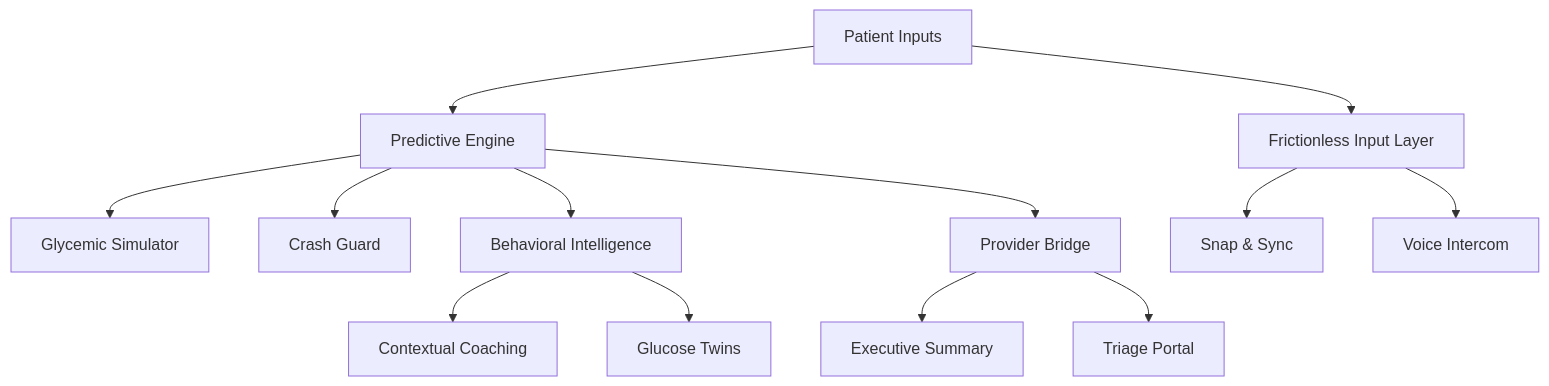
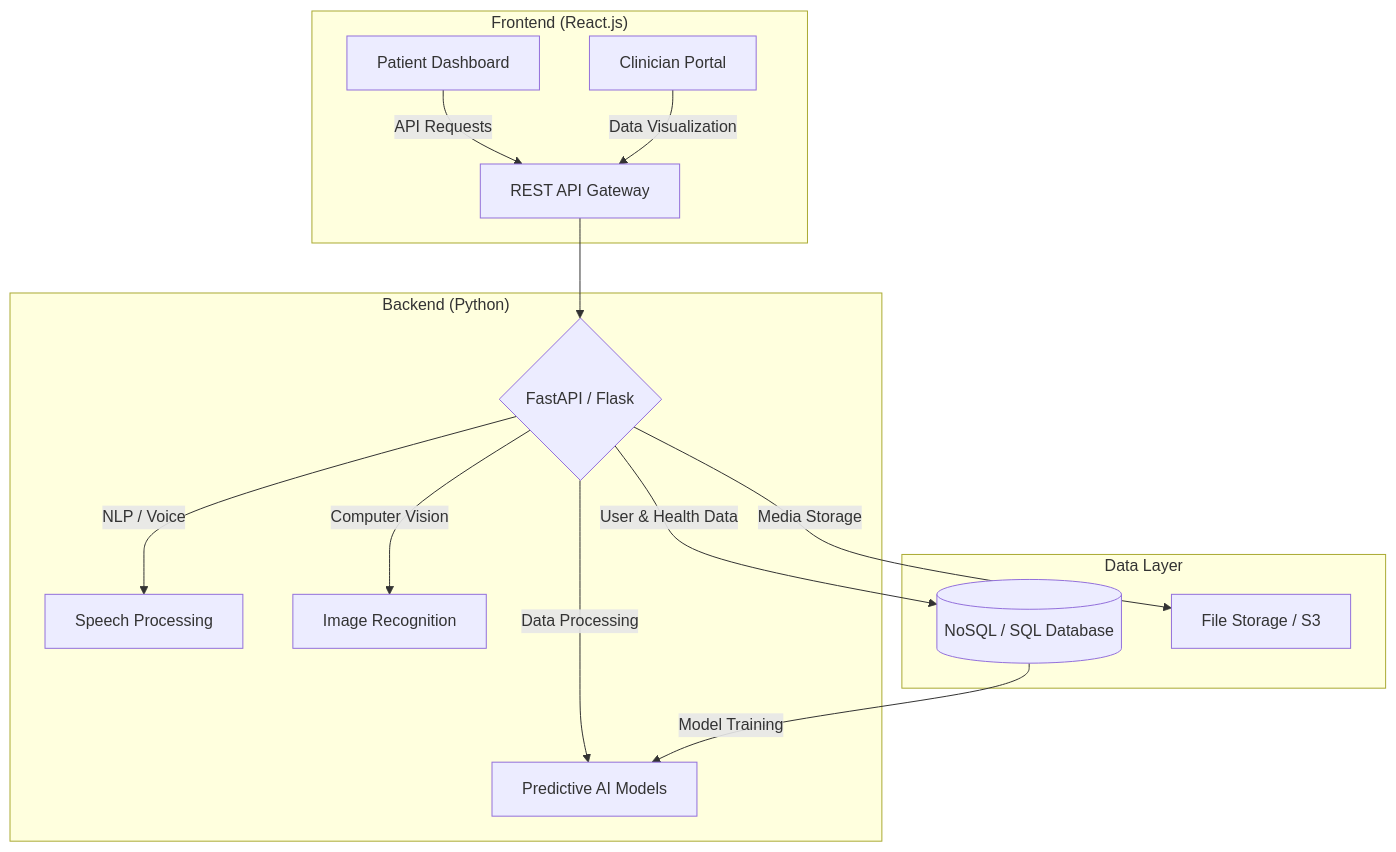
The diagram in README.md (Nitya-003/Dia-Pilot), drawn with Mermaid before and after one commit. The commit also changed other lines of this file, not shown here.

````diff
--- a/README.md
+++ b/README.md
@@ -65,19 +12,20 @@
 ```mermaid
 graph TD
-    A[Patient Inputs] --> B[Predictive Engine]
+    subgraph "Frontend (React.js)"
+        A[Patient Dashboard] -->|API Requests| B[REST API Gateway]
+        A2[Clinician Portal] -->|Data Visualization| B
+    end
 
-    B --> C[Glycemic Simulator]
-    B --> D[Crash Guard]
+    subgraph "Backend (Python)"
+        B --> C{FastAPI / Flask}
+        C -->|Data Processing| D[Predictive AI Models]
+        C -->|NLP / Voice| E[Speech Processing]
+        C -->|Computer Vision| F[Image Recognition]
+    end
 
-    A --> E[Frictionless Input Layer]
-    E --> F[Snap & Sync]
-    E --> G[Voice Intercom]
-
-    B --> H[Behavioral Intelligence]
-    H --> I[Contextual Coaching]
-    H --> J[Glucose Twins]
-
-    B --> K[Provider Bridge]
-    K --> L[Executive Summary]
-    K --> M[Triage Portal]
+    subgraph "Data Layer"
+        C -->|User & Health Data| G[(NoSQL / SQL Database)]
+        C -->|Media Storage| H[File Storage / S3]
+        G -->|Model Training| D
+    end
 ```
````
